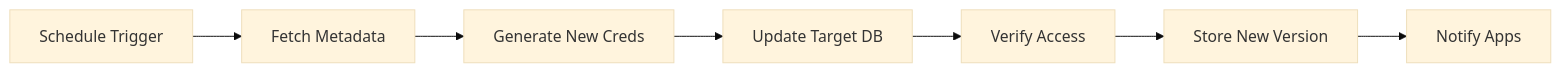
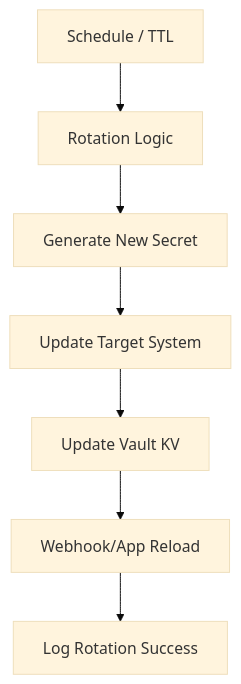
Before and after one commit to Devopstrio/vault-central-management: the sixth of 10 diagrams in README.md, drawn with Mermaid (base theme). The commit also changed other lines of this file, not shown here.

Commit message:
docs: implement 10+ professional reference architectures and zero-trust model

````diff
--- a/README.md
+++ b/README.md
@@ -93,9 +193,9 @@
 ```mermaid
-graph LR
-    Trigger[Schedule Trigger] --> Fetch[Fetch Metadata]
-    Fetch --> Gen[Generate New Creds]
-    Gen --> Update[Update Target DB]
-    Update --> Verify[Verify Access]
-    Verify --> Store[Store New Version]
-    Store --> Notify[Notify Apps]
+graph TD
+    Trigger[Schedule / TTL] --> Check[Rotation Logic]
+    Check --> New[Generate New Secret]
+    New --> Target[Update Target System]
+    Target --> Store[Update Vault KV]
+    Store --> Notify[Webhook/App Reload]
+    Notify --> Audit[Log Rotation Success]
 ```
````
